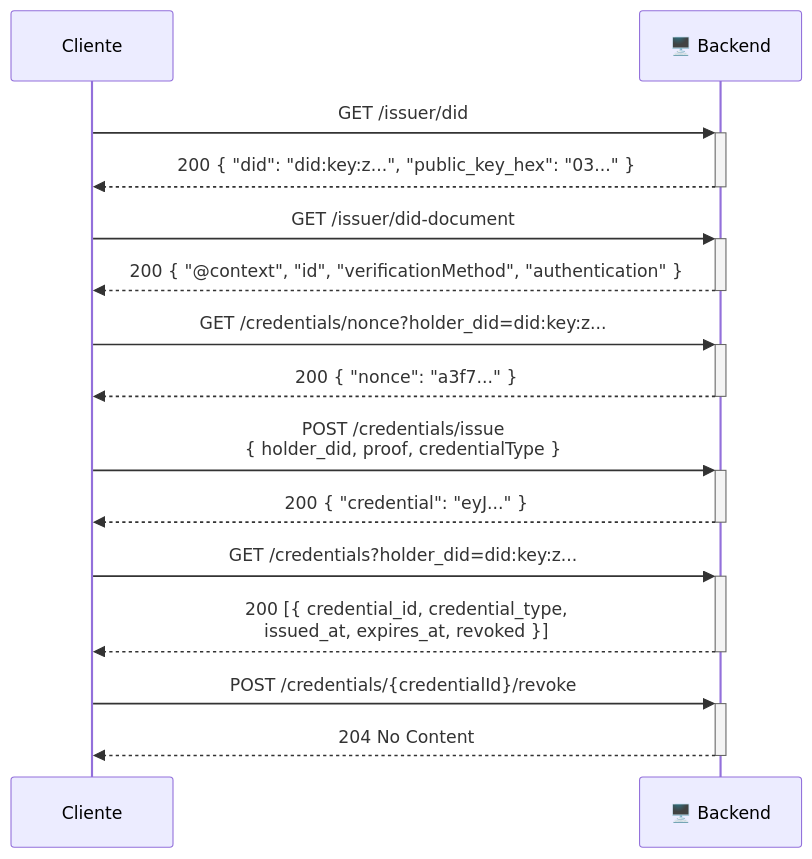
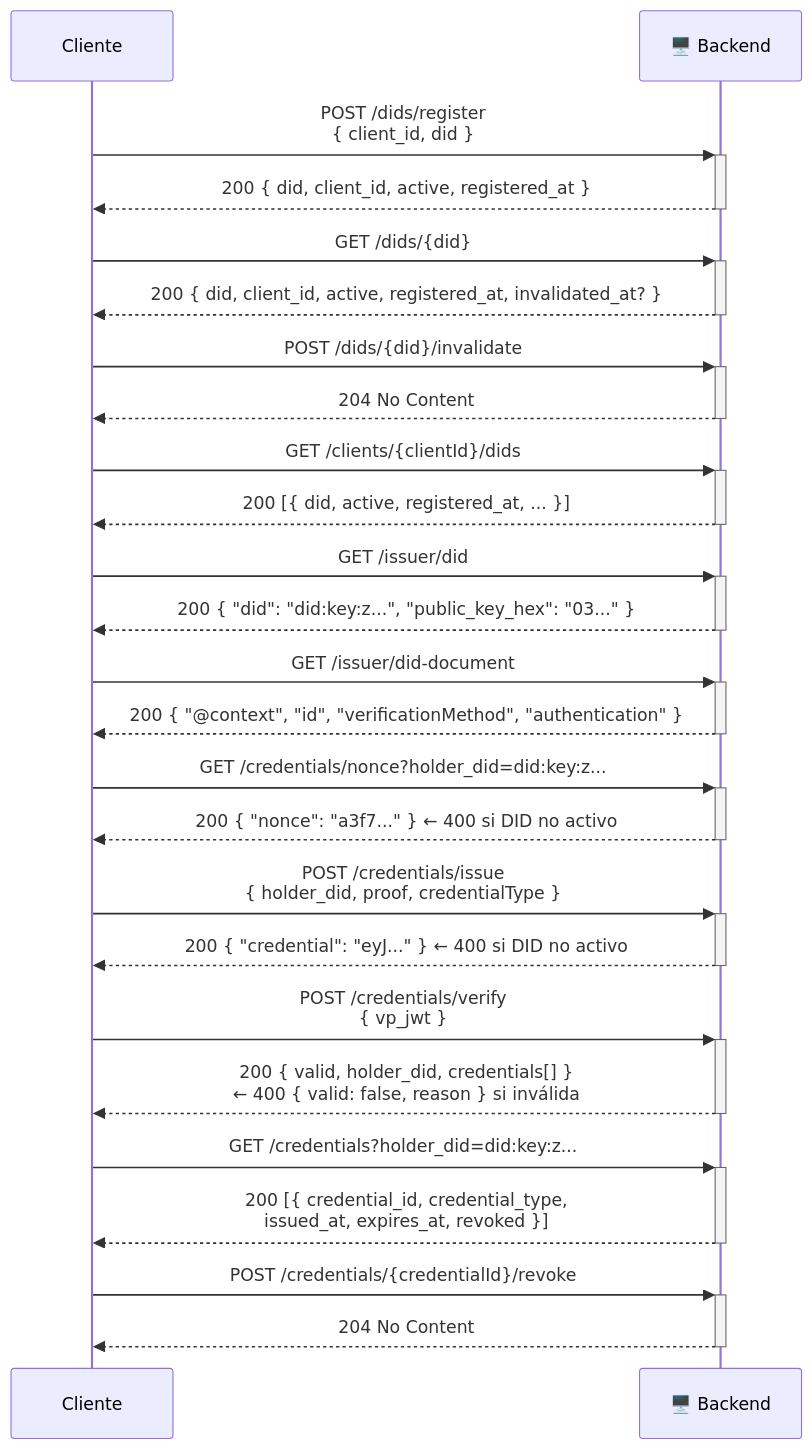
The sixth of 6 diagrams in README-flows.md (ricdex/did-example-android-backend), drawn with Mermaid before and after one commit. The commit also changed other lines of this file and 20 other files, not shown here.

````diff
--- a/README-flows.md
+++ b/README-flows.md
@@ -165,23 +209,38 @@
 ```mermaid
 sequenceDiagram
     participant C as Cliente
     participant B as 🖥️ Backend
+
+    C->>+B: POST /dids/register<br/>{ client_id, did }
+    B-->>-C: 200 { did, client_id, active, registered_at }
+
+    C->>+B: GET /dids/{did}
+    B-->>-C: 200 { did, client_id, active, registered_at, invalidated_at? }
+
+    C->>+B: POST /dids/{did}/invalidate
+    B-->>-C: 204 No Content
+
+    C->>+B: GET /clients/{clientId}/dids
+    B-->>-C: 200 [{ did, active, registered_at, ... }]
 
     C->>+B: GET /issuer/did
     B-->>-C: 200 { "did": "did:key:z...", "public_key_hex": "03..." }
 
     C->>+B: GET /issuer/did-document
     B-->>-C: 200 { "@context", "id", "verificationMethod", "authentication" }
 
     C->>+B: GET /credentials/nonce?holder_did=did:key:z...
-    B-->>-C: 200 { "nonce": "a3f7..." }
+    B-->>-C: 200 { "nonce": "a3f7..." }  ← 400 si DID no activo
 
     C->>+B: POST /credentials/issue<br/>{ holder_did, proof, credentialType }
-    B-->>-C: 200 { "credential": "eyJ..." }
+    B-->>-C: 200 { "credential": "eyJ..." }  ← 400 si DID no activo
+
+    C->>+B: POST /credentials/verify<br/>{ vp_jwt }
+    B-->>-C: 200 { valid, holder_did, credentials[] }<br/>← 400 { valid: false, reason } si inválida
 
     C->>+B: GET /credentials?holder_did=did:key:z...
     B-->>-C: 200 [{ credential_id, credential_type,<br/>         issued_at, expires_at, revoked }]
 
     C->>+B: POST /credentials/{credentialId}/revoke
     B-->>-C: 204 No Content
 ```
````
